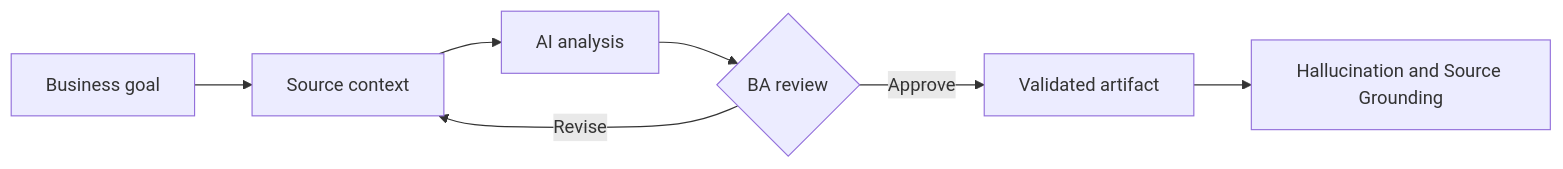
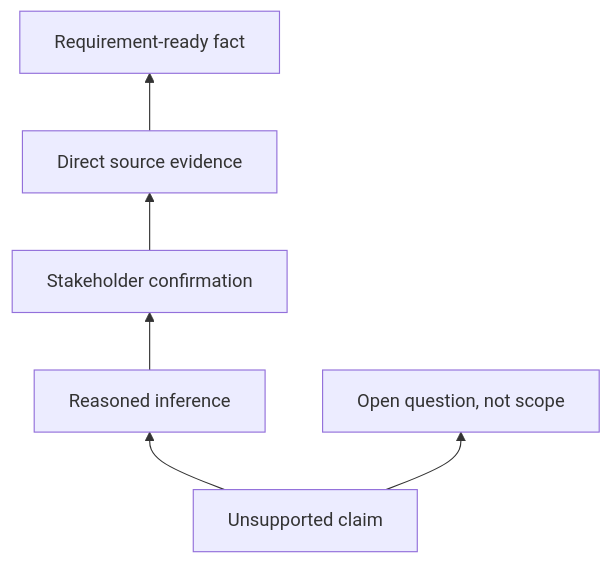
One commit to anhtnt90dev/ai-for-ba changed the diagram in docs/en/lessons/hallucination-and-source-grounding/index.md. Above: the diagram before and after it, drawn with Mermaid. The commit also changed other lines of this file and 64 other files, not shown here.

````diff
--- a/docs/en/lessons/hallucination-and-source-grounding/index.md
+++ b/docs/en/lessons/hallucination-and-source-grounding/index.md
@@ -39,9 +38,8 @@
 ```mermaid
-flowchart LR
-    A["Business goal"] --> B["Source context"]
-    B --> C["AI analysis"]
-    C --> D{"BA review"}
-    D -->|"Revise"| B
-    D -->|"Approve"| E["Validated artifact"]
-    E --> F["Hallucination and Source Grounding"]
+flowchart BT
+    A["Unsupported claim"] --> B["Reasoned inference"]
+    B --> C["Stakeholder confirmation"]
+    C --> D["Direct source evidence"]
+    D --> E["Requirement-ready fact"]
+    A --> F["Open question, not scope"]
 ```
````
